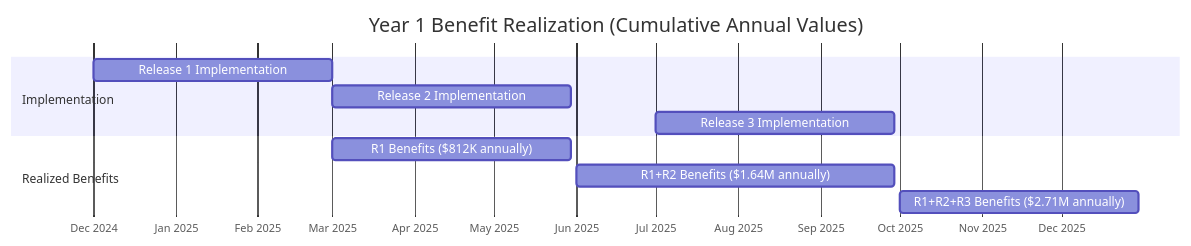
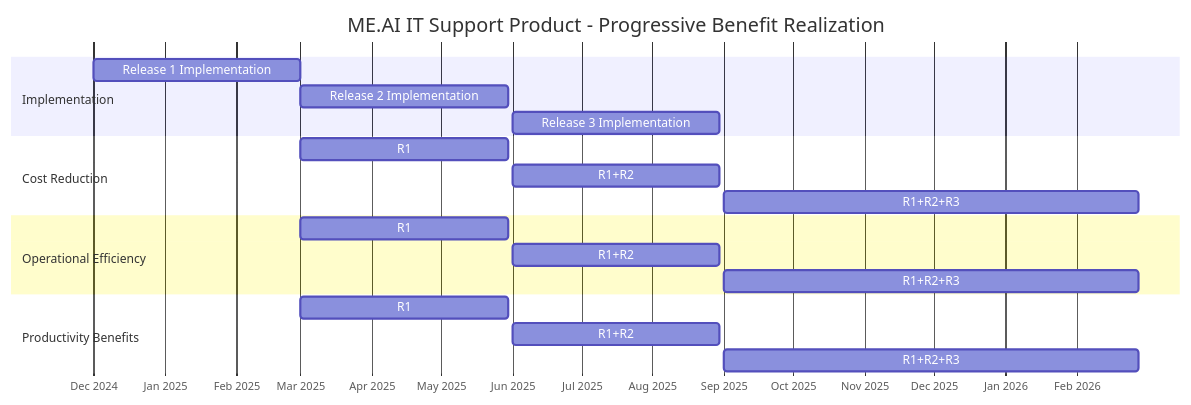
Diagram 50 of 56 in ME.AI_FDD_v14.md (ME-ai-agents/docs_prod), drawn with Mermaid before and after one commit. The commit also changed other lines of this file, not shown here.

````diff
--- a/ME.AI_FDD_v14.md
+++ b/ME.AI_FDD_v14.md
@@ -3428,16 +3683,26 @@
 ```mermaid
 gantt
-    title Year 1 Benefit Realization (Cumulative Annual Values)
+    title ME.AI IT Support Product - Progressive Benefit Realization
     dateFormat YYYY-MM
     axisFormat %b %Y
     
     section Implementation
     Release 1 Implementation    :a1, 2024-12, 90d
     Release 2 Implementation    :a2, 2025-03, 90d
-    Release 3 Implementation    :a3, 2025-07, 90d
+    Release 3 Implementation    :a3, 2025-06, 90d
     
-    section Realized Benefits
-    R1 Benefits ($812K annually)      :2025-03, 90d
-    R1+R2 Benefits ($1.64M annually)  :2025-06, 120d
-    R1+R2+R3 Benefits ($2.71M annually) :2025-10, 90d
+    section Cost Reduction
+    R1: Password & Account ($0.48M)      :2025-03, 90d
+    R1+R2: +Software & Network ($1.35M)  :2025-06, 90d
+    R1+R2+R3: +Hardware & Special ($2.31M) :2025-09, 180d
+    
+    section Operational Efficiency 
+    R1: Password & Account ($0.31M)      :2025-03, 90d
+    R1+R2: +Software & Network ($0.88M)  :2025-06, 90d
+    R1+R2+R3: +Hardware & Special ($1.78M) :2025-09, 180d
+    
+    section Productivity Benefits
+    R1: Password & Account ($0.42M)      :2025-03, 90d
+    R1+R2: +Software & Network ($1.06M)  :2025-06, 90d
+    R1+R2+R3: +Hardware & Special ($2.04M) :2025-09, 180d
 ```
````
